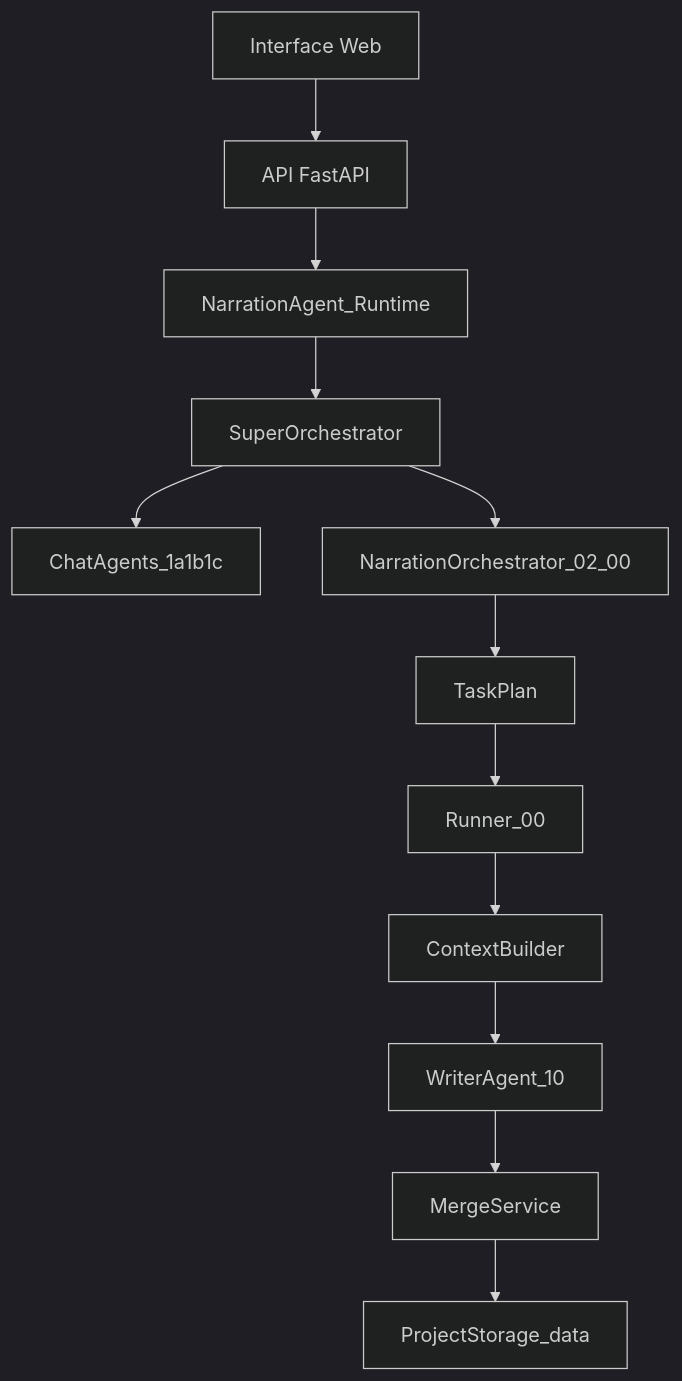
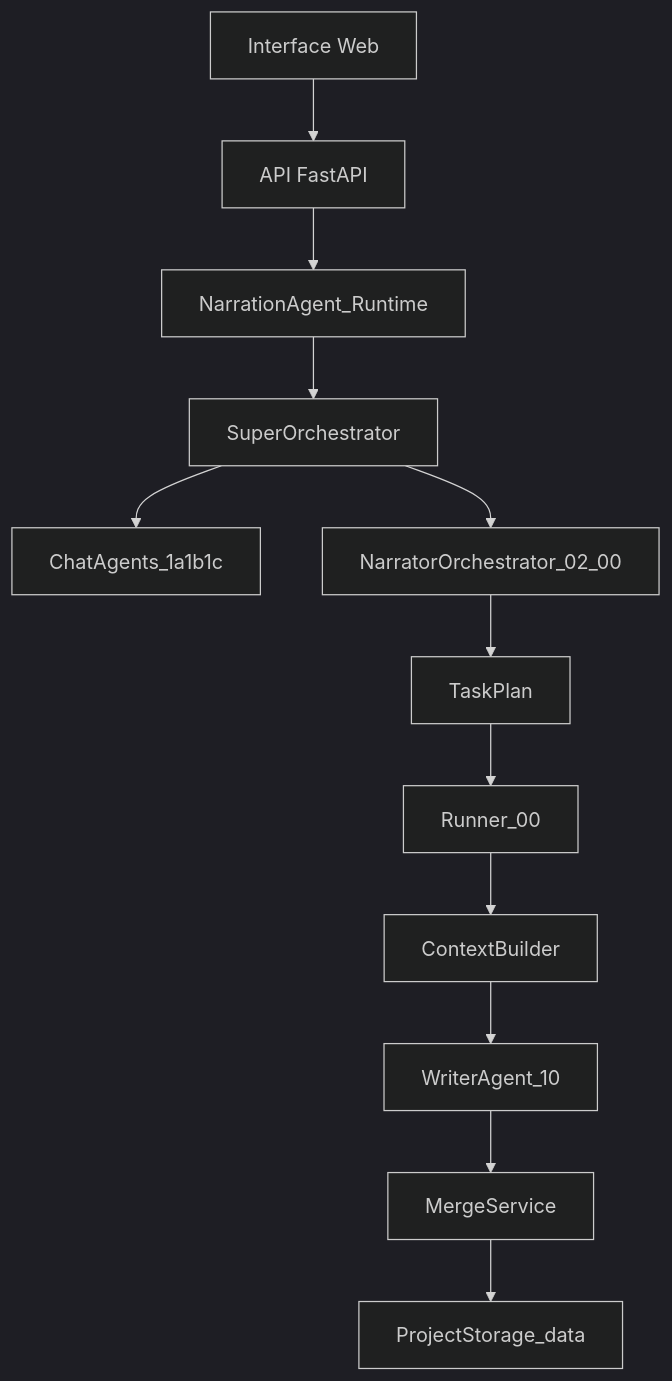
One commit to theofabrica/Narrations changed the diagram in app/narration_agent/ARCHITECTURE.md. Above: the diagram before and after it, drawn with Mermaid (dark theme). The commit also changed other lines of this file and 70 other files, not shown here.

````diff
--- a/app/narration_agent/ARCHITECTURE.md
+++ b/app/narration_agent/ARCHITECTURE.md
@@ -50,14 +50,14 @@
 ```mermaid
 flowchart TD
   UI["Interface Web"] --> API["API FastAPI"]
   API --> NA["NarrationAgent_Runtime"]
   NA --> SO["SuperOrchestrator"]
   SO --> Chat["ChatAgents_1a1b1c"]
-  SO --> NOrch["NarrationOrchestrator_02_00"]
+  SO --> NOrch["NarratorOrchestrator_02_00"]
   NOrch --> Plan["TaskPlan"]
   Plan --> Runner["Runner_00"]
   Runner --> Ctx["ContextBuilder"]
   Ctx --> Writer["WriterAgent_10"]
   Writer --> Merge["MergeService"]
   Merge --> Store["ProjectStorage_data"]
 ```
````
